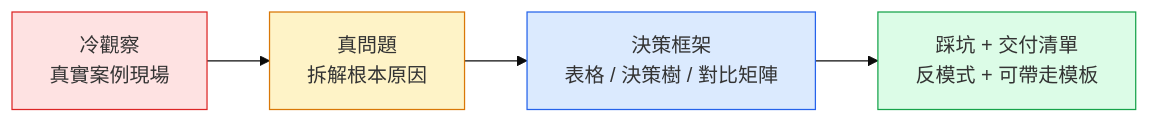
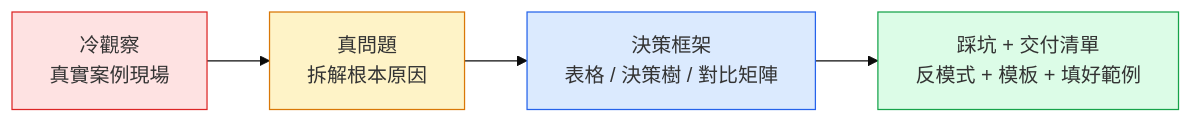
The second of 2 diagrams in README.md (EddyKuo/sa-sd-playbook), drawn with Mermaid (base theme) before and after one commit. The commit also changed 3 other files, not shown here.

````diff
--- a/README.md
+++ b/README.md
@@ -60,15 +60,15 @@
 ```mermaid
 flowchart LR
     A["冷觀察<br/>真實案例現場"] --> B["真問題<br/>拆解根本原因"]
     B --> C["決策框架<br/>表格 / 決策樹 / 對比矩陣"]
-    C --> D["踩坑 + 交付清單<br/>反模式 + 可帶走模板"]
+    C --> D["踩坑 + 交付清單<br/>反模式 + 模板 + 填好範例"]
 
     classDef tense fill:#fee2e2,stroke:#dc2626
     classDef steady fill:#fef3c7,stroke:#d97706
     classDef coach fill:#dbeafe,stroke:#2563eb
     classDef build fill:#dcfce7,stroke:#16a34a
     class A tense
     class B steady
     class C coach
     class D build
 ```
````
